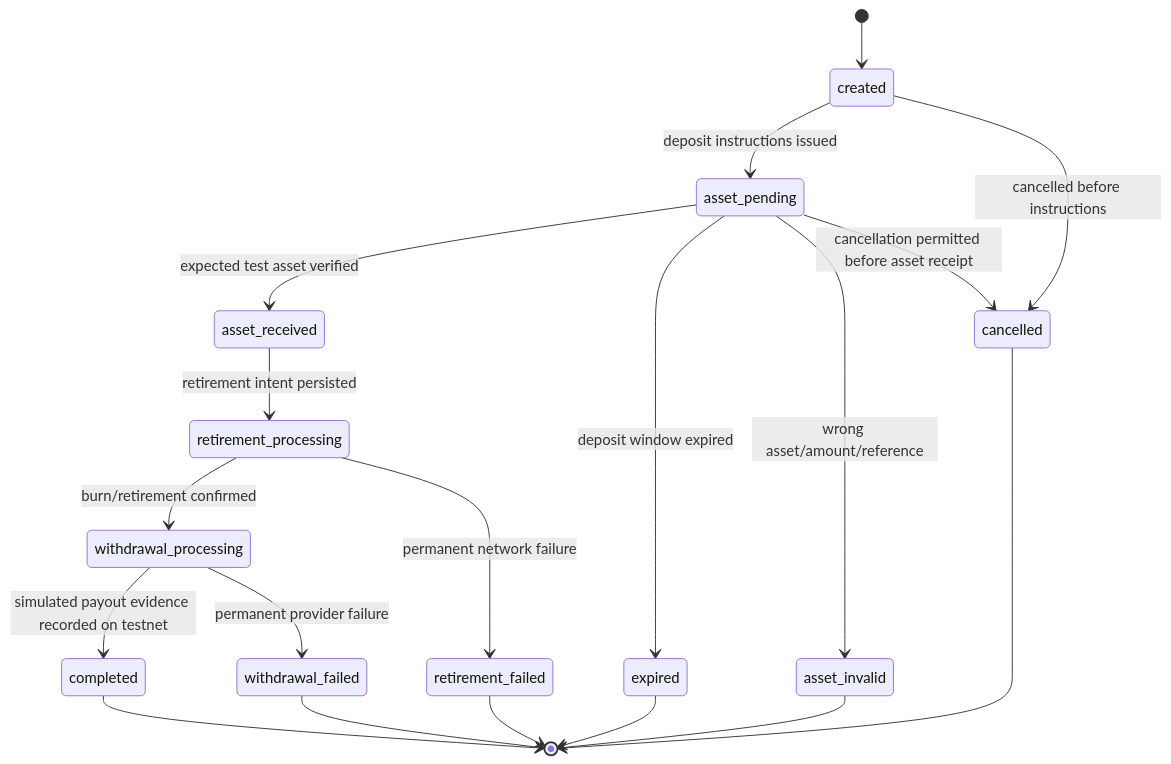
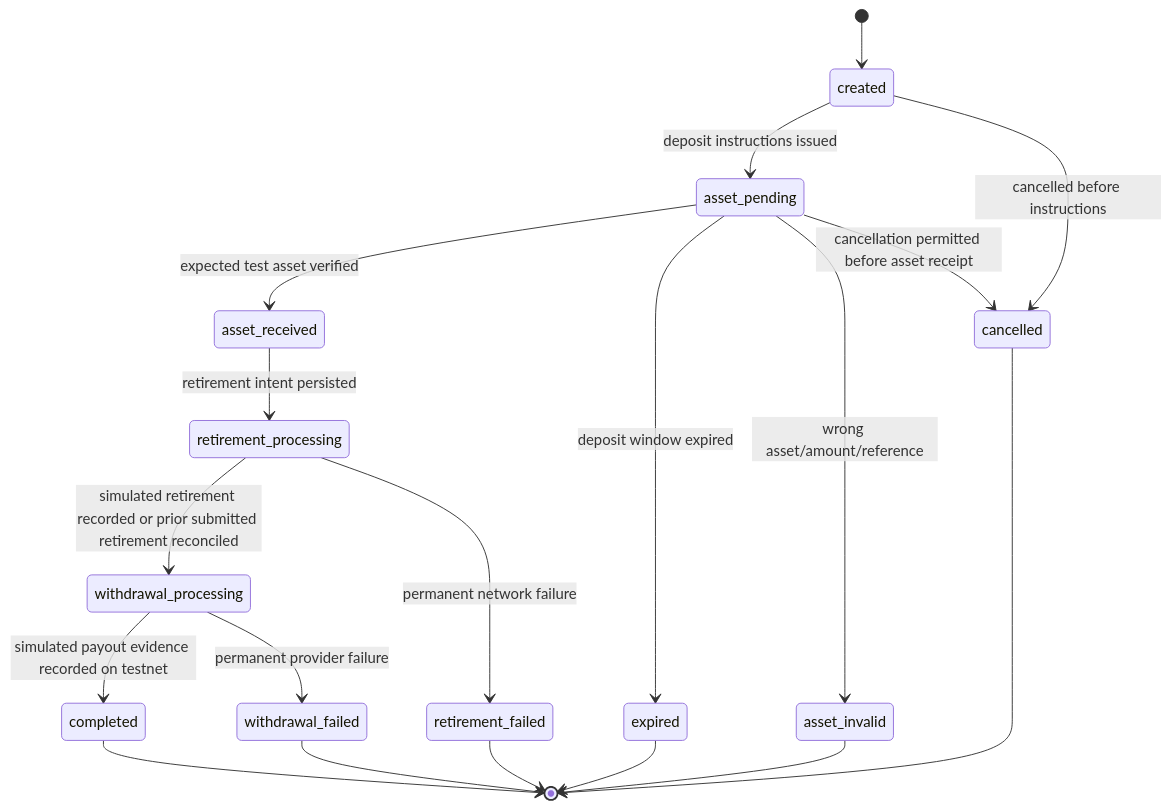
Before and after one commit to kailopay/kailo-be: the second of 2 diagrams in documentations/backend/ORDER-STATE-MACHINES.md, drawn with Mermaid. The commit also changed other lines of this file and 43 other files, not shown here.

````diff
--- a/documentations/backend/ORDER-STATE-MACHINES.md
+++ b/documentations/backend/ORDER-STATE-MACHINES.md
@@ -66,21 +66,21 @@
 ```mermaid
 stateDiagram-v2
     [*] --> created
     created --> asset_pending: deposit instructions issued
     asset_pending --> asset_received: expected test asset verified
     asset_pending --> expired: deposit window expired
     asset_pending --> asset_invalid: wrong asset/amount/reference
     asset_received --> retirement_processing: retirement intent persisted
-    retirement_processing --> withdrawal_processing: burn/retirement confirmed
+    retirement_processing --> withdrawal_processing: simulated retirement recorded or prior submitted retirement reconciled
     retirement_processing --> retirement_failed: permanent network failure
     withdrawal_processing --> completed: simulated payout evidence recorded on testnet
     withdrawal_processing --> withdrawal_failed: permanent provider failure
     created --> cancelled: cancelled before instructions
     asset_pending --> cancelled: cancellation permitted before asset receipt
     completed --> [*]
     expired --> [*]
     asset_invalid --> [*]
     retirement_failed --> [*]
     withdrawal_failed --> [*]
     cancelled --> [*]
 ```
````
